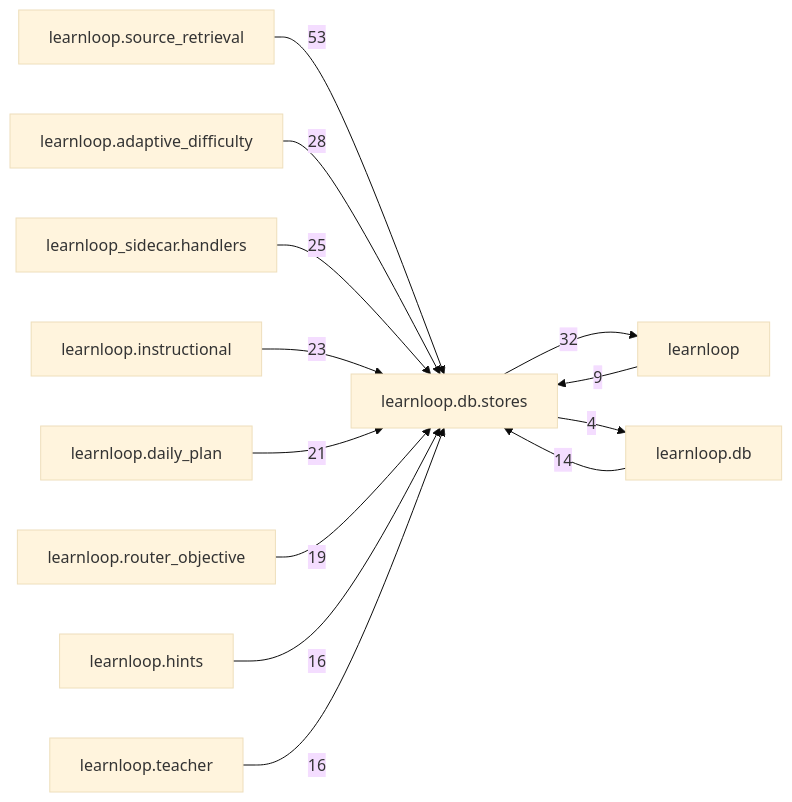
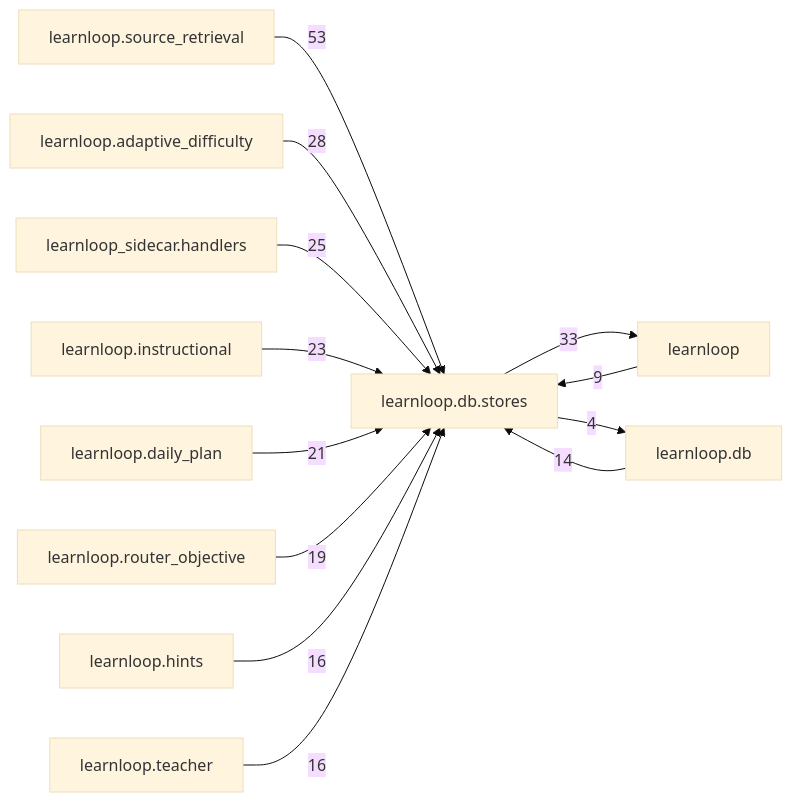
One commit to 6up-b/learnanything changed the diagram in docs/learnloop-architecture-vault/Reference/Modules/learnloop/db/stores/_package.md. Above: the diagram before and after it, drawn with Mermaid (base theme). The commit also changed other lines of this file and 39 other files, not shown here.

````diff
--- a/docs/learnloop-architecture-vault/Reference/Modules/learnloop/db/stores/_package.md
+++ b/docs/learnloop-architecture-vault/Reference/Modules/learnloop/db/stores/_package.md
@@ -217,26 +219,26 @@
 ```mermaid
 flowchart LR
     center["learnloop.db.stores"]
     n_learnloop_source_retrieval["learnloop.source_retrieval"]
     n_learnloop["learnloop"]
     n_learnloop_adaptive_difficulty["learnloop.adaptive_difficulty"]
     n_learnloop_sidecar_handlers["learnloop_sidecar.handlers"]
     n_learnloop_instructional["learnloop.instructional"]
     n_learnloop_daily_plan["learnloop.daily_plan"]
     n_learnloop_router_objective["learnloop.router_objective"]
     n_learnloop_db["learnloop.db"]
     n_learnloop_hints["learnloop.hints"]
     n_learnloop_teacher["learnloop.teacher"]
     n_learnloop_source_retrieval -->|53| center
     n_learnloop -->|9| center
-    center -->|32| n_learnloop
+    center -->|33| n_learnloop
     n_learnloop_adaptive_difficulty -->|28| center
     n_learnloop_sidecar_handlers -->|25| center
     n_learnloop_instructional -->|23| center
     n_learnloop_daily_plan -->|21| center
     n_learnloop_router_objective -->|19| center
     n_learnloop_db -->|14| center
     center -->|4| n_learnloop_db
     n_learnloop_hints -->|16| center
     n_learnloop_teacher -->|16| center
 ```
````
